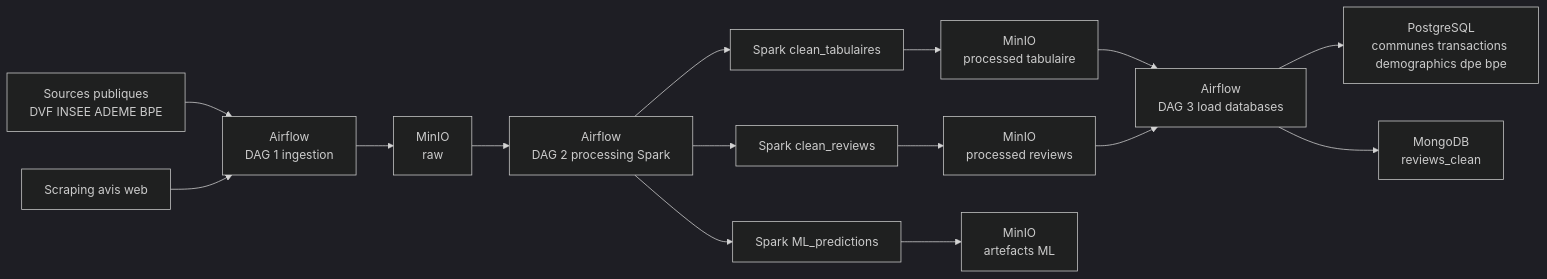
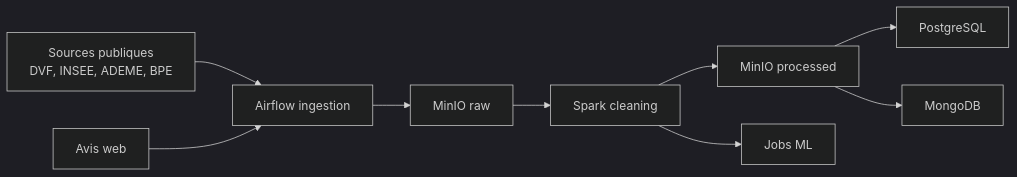
Before and after one commit to Honkpehedji-Stanley/Casapedia: the diagram in README.md, drawn with Mermaid (dark theme). The commit also changed other lines of this file and 6 other files, not shown here.

````diff
--- a/README.md
+++ b/README.md
@@ -30,17 +10,11 @@
 ```mermaid
 flowchart LR
-    A[Sources publiques\nDVF INSEE ADEME BPE] --> B[Airflow\nDAG 1 ingestion]
-    Z[Scraping avis web] --> B
-    B --> C[MinIO\nraw]
-    C --> D[Airflow\nDAG 2 processing Spark]
-    D --> E[Spark clean_tabulaires]
-    D --> F[Spark clean_reviews]
-    D --> G[Spark ML_predictions]
-    E --> H[MinIO\nprocessed tabulaire]
-    F --> I[MinIO\nprocessed reviews]
-    G --> J[MinIO\nartefacts ML]
-    H --> K[Airflow\nDAG 3 load databases]
-    I --> K
-    K --> L[PostgreSQL\ncommunes transactions demographics dpe bpe]
-    K --> M[MongoDB\nreviews_clean]
+    A[Sources publiques\nDVF, INSEE, ADEME, BPE] --> B[Airflow ingestion]
+    C[Avis web] --> B
+    B --> D[MinIO raw]
+    D --> E[Spark cleaning]
+    E --> F[MinIO processed]
+    F --> G[PostgreSQL]
+    F --> H[MongoDB]
+    E --> I[Jobs ML]
 ```
````
